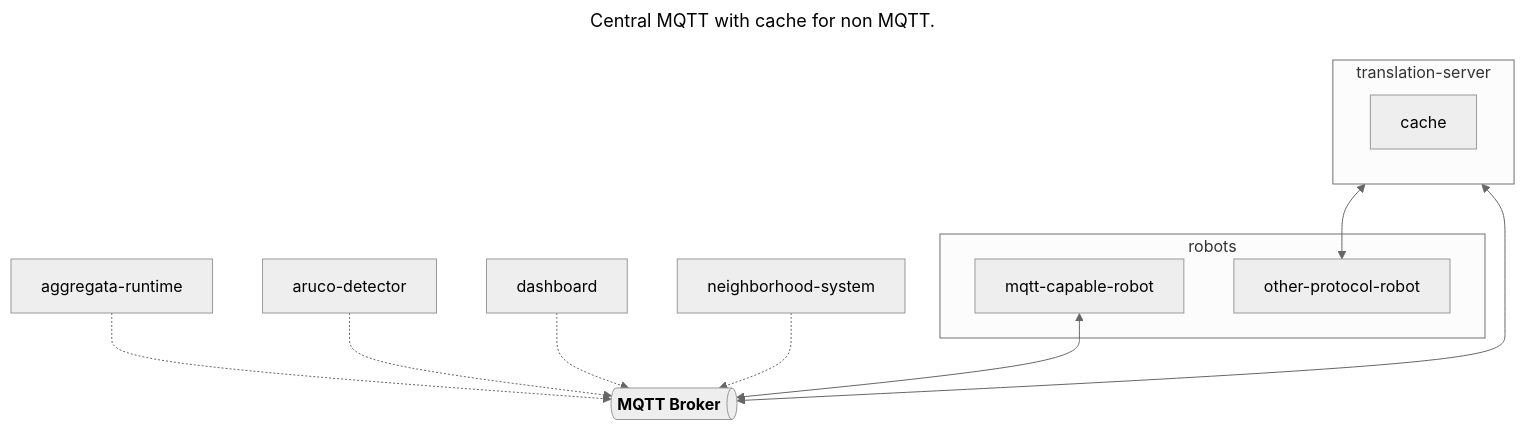
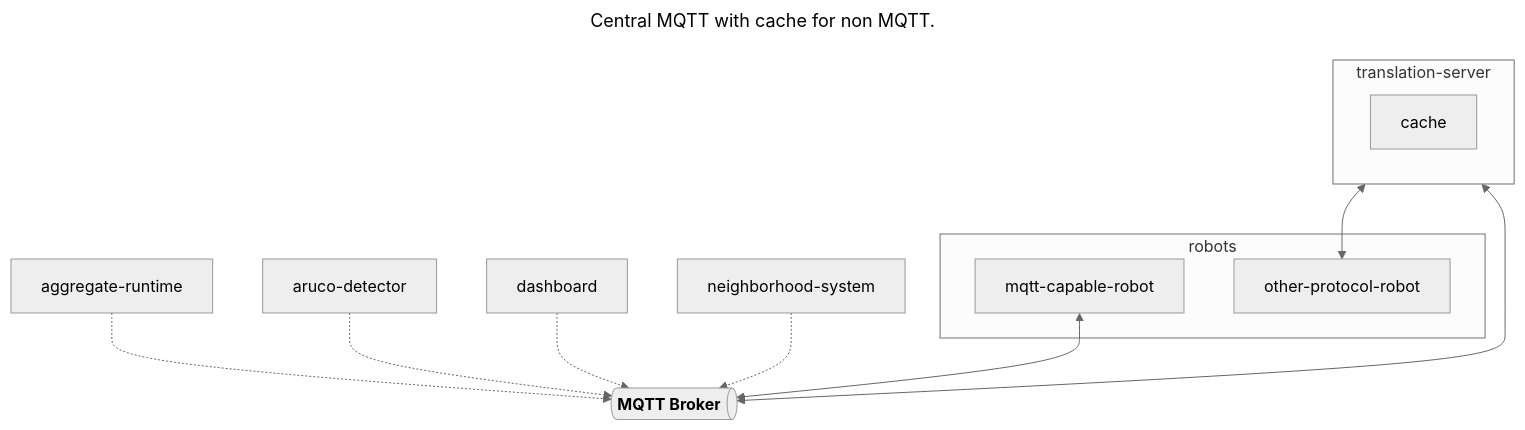
The first of 3 diagrams in 02-schemas.md (Salinatore/domain-gateway), drawn with Mermaid (neutral theme) before and after one commit. The commit also changed other lines of this file, not shown here.

````diff
--- a/02-schemas.md
+++ b/02-schemas.md
@@ -1,29 +1,29 @@
 ```mermaid
 ---
 title: Central MQTT with cache for non MQTT.
 ---
 graph 
-  AR[aggregata-runtime]
+  AR[aggregate-runtime]
   AD[aruco-detector]
   D[dashboard]
   NS[neighborhood-system]
   M@{ shape: das, label: "<b>MQTT Broker</b>" }
 
   AR -.-> M
   AD -.-> M
   D -.-> M
   NS -.-> M
 
   subgraph robots
     R1[mqtt-capable-robot]
     R2[other-protocol-robot]
   end 
 
   subgraph T[translation-server]
     C[cache]
   end
 
-  T <--> R2
+  T <-->R2
   T <--> M
   R1 <--> M
 ```
````
